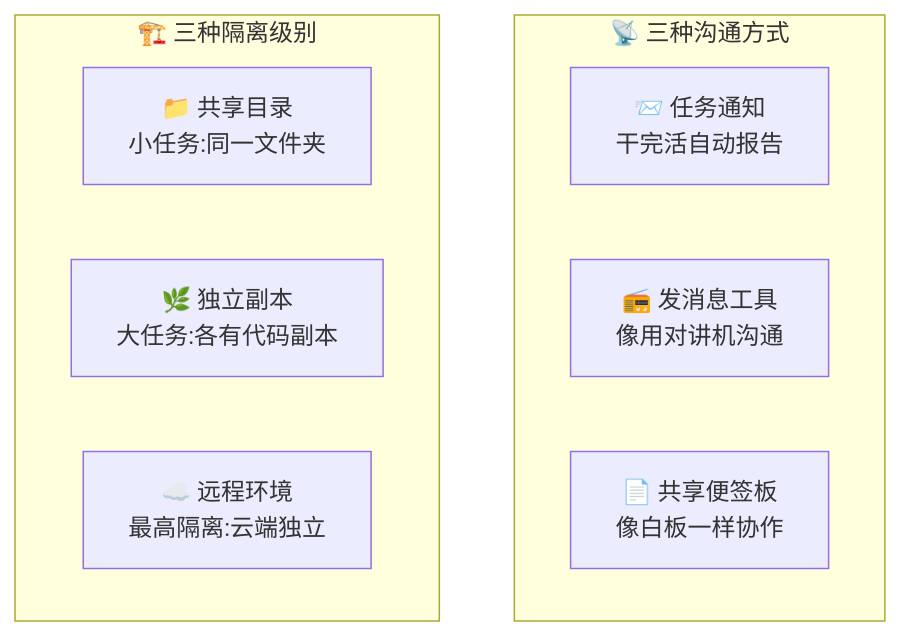
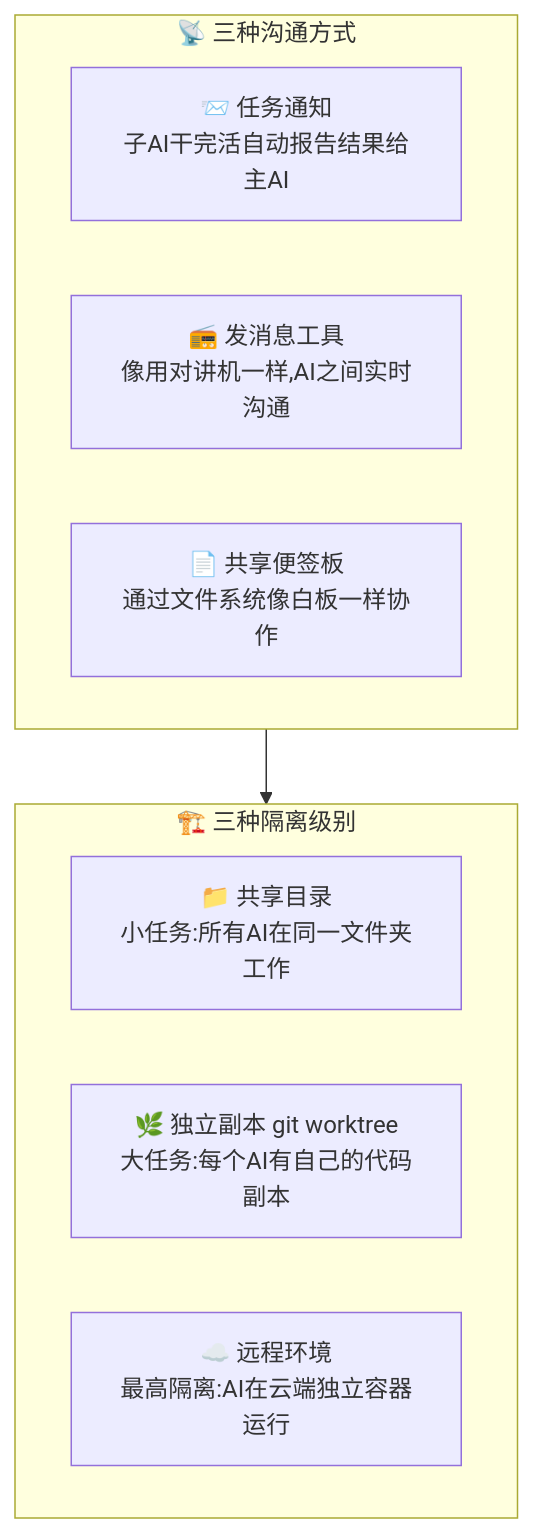
Diagram 18 of 25 in docs/architecture/00-visual-guide-complete.md (WSbaikaishui/claude-code-source-code), drawn with Mermaid before and after one commit. The commit also changed other lines of this file and 73 other files, not shown here.

First line of the commit message:
Fix all Mermaid diagrams: restore semantics + fix dimensions

````diff
--- a/docs/architecture/00-visual-guide-complete.md
+++ b/docs/architecture/00-visual-guide-complete.md
@@ -551,14 +496,16 @@
 ```mermaid
 graph TD
     subgraph COMM["📡 三种沟通方式"]
-        CM1["📨 任务通知<br/>干完活自动报告"]
-        CM2["📻 发消息工具<br/>像用对讲机沟通"]
-        CM3["📄 共享便签板<br/>像白板一样协作"]
+        CM1["📨 任务通知<br/>子AI干完活自动报告结果给主AI"]
+        CM2["📻 发消息工具<br/>像用对讲机一样,AI之间实时沟通"]
+        CM3["📄 共享便签板<br/>通过文件系统像白板一样协作"]
     end
 
     subgraph ISOLATION["🏗️ 三种隔离级别"]
-        IS1["📁 共享目录<br/>小任务:同一文件夹"]
-        IS2["🌿 独立副本<br/>大任务:各有代码副本"]
-        IS3["☁️ 远程环境<br/>最高隔离:云端独立"]
+        IS1["📁 共享目录<br/>小任务:所有AI在同一文件夹工作"]
+        IS2["🌿 独立副本 git worktree<br/>大任务:每个AI有自己的代码副本"]
+        IS3["☁️ 远程环境<br/>最高隔离:AI在云端独立容器运行"]
     end
+
+    COMM --> ISOLATION
 ```
````
